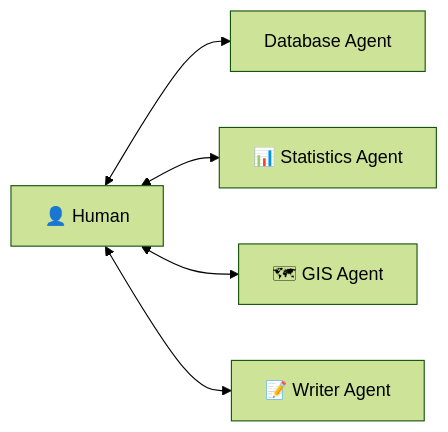
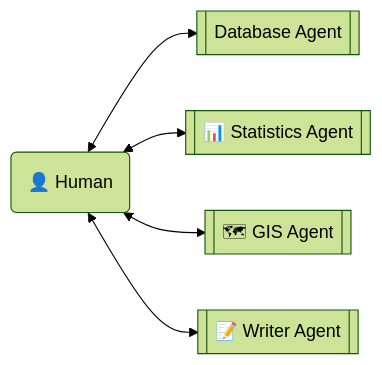
One commit to bfanson/2026_Workshops changed the first of 5 diagrams in module1.qmd. Above: the diagram before and after it, drawn with Mermaid (forest theme). The commit also changed other lines of this file and 6 other files, not shown here.

````diff
--- a/module1.qmd
+++ b/module1.qmd
@@ -85,15 +91,15 @@
 ```{mermaid}
 %%| label: fig-paradigm
 %%| fig-cap: Thinking about role in workflow
 
 graph LR
 
-    H["👤 Human"]
+    H("👤 Human")
 
-    H <--> DB["Database Agent"]
-    H <--> STATS["📊 Statistics Agent"]
-    H <--> GIS["🗺 GIS Agent"]
-    H <--> WRITER["📝 Writer Agent"]
+    H <--> DB[["Database Agent"]]
+    H <--> STATS[["📊 Statistics Agent"]]
+    H <--> GIS[["🗺 GIS Agent"]]
+    H <--> WRITER[["📝 Writer Agent"]]
 
  
 ```
````
